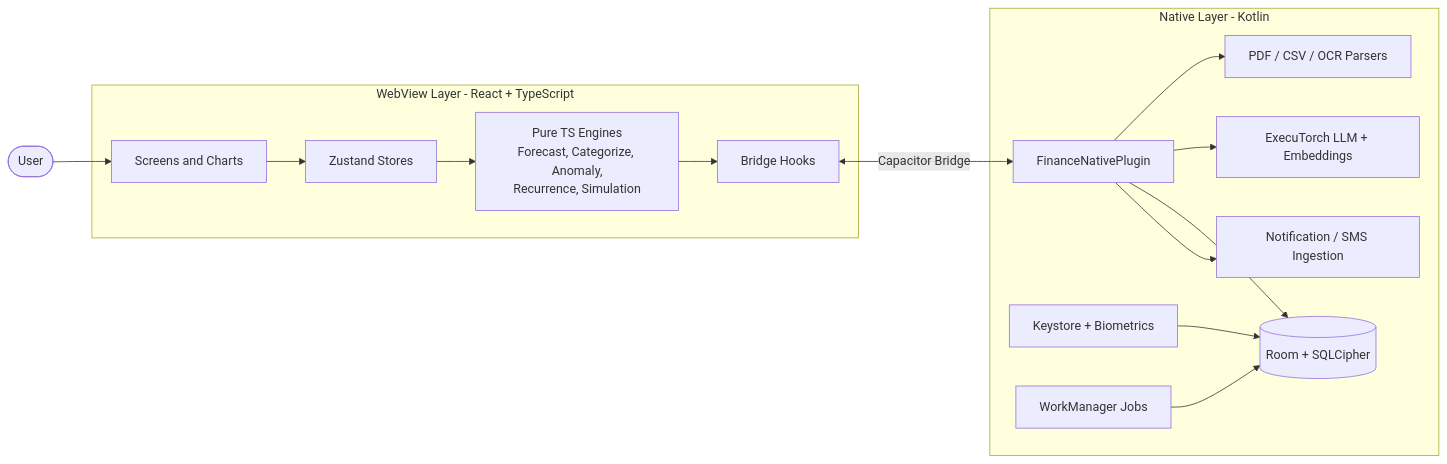
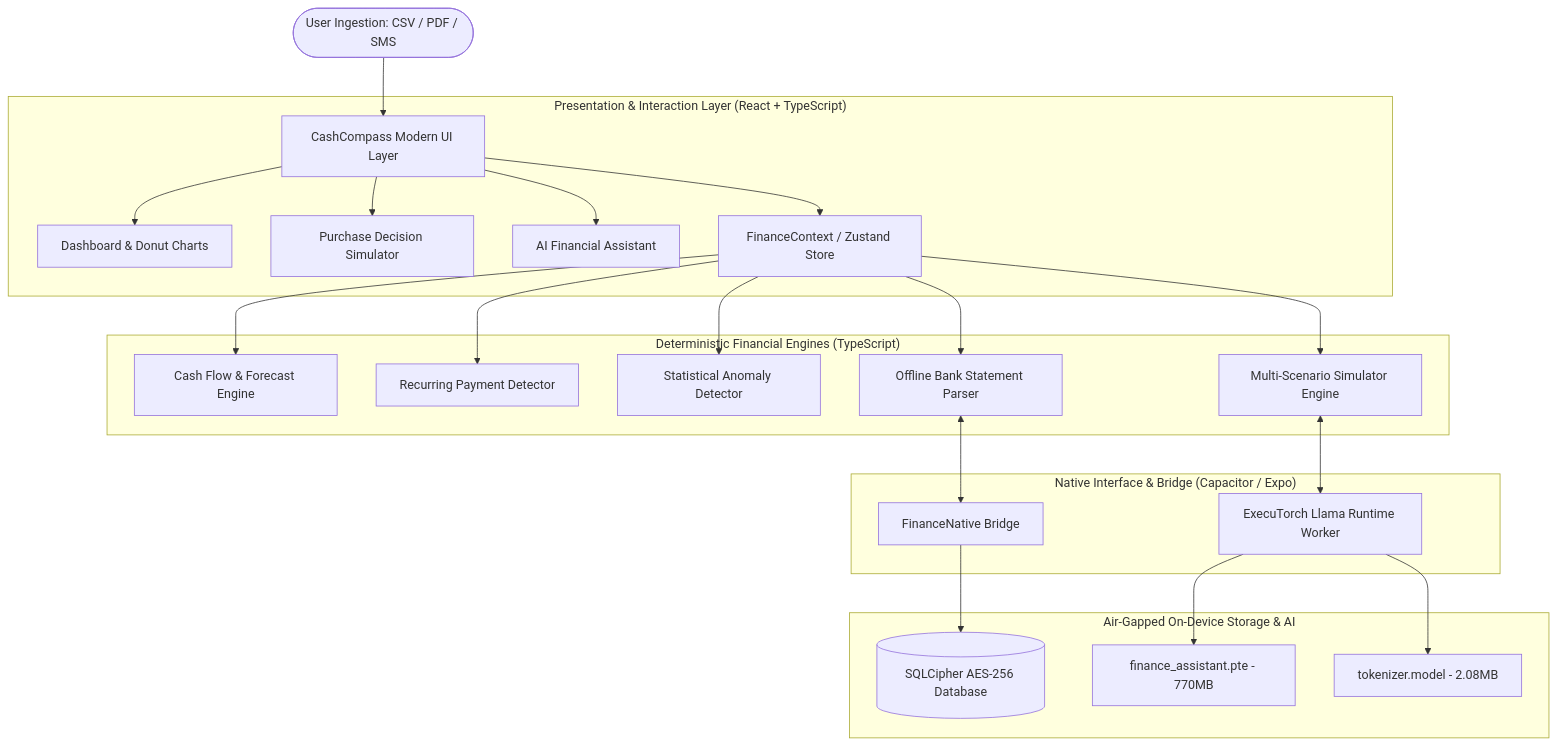
One commit to itss-meS/Beta-16 changed the diagram in README.md. Above: the diagram before and after it, drawn with Mermaid. The commit also changed other lines of this file, not shown here.

Commit message:
docs: update README with comprehensive technical architecture and Problem Statement 4 specifications

````diff
--- a/README.md
+++ b/README.md
@@ -190,23 +221,30 @@
 ```mermaid
-flowchart LR
-    User([User]) --> UI
+flowchart TD
+    User([User Ingestion: CSV / PDF / SMS]) --> UI[CashCompass Modern UI Layer]
 
-    subgraph WebView["WebView Layer - React + TypeScript"]
-        UI[Screens and Charts]
-        Store[Zustand Stores]
-        Logic[Pure TS Engines<br/>Forecast, Categorize, Anomaly,<br/>Recurrence, Simulation]
-        Hooks[Bridge Hooks]
-        UI --> Store --> Logic --> Hooks
+    subgraph PresentationLayer["Presentation & Interaction Layer (React + TypeScript)"]
+        UI --> Dash[Dashboard & Donut Charts]
+        UI --> Sim[Purchase Decision Simulator]
+        UI --> Chat[AI Financial Assistant]
+        UI --> State[FinanceContext / Zustand Store]
     end
 
-    Hooks <-->|Capacitor Bridge| Bridge[FinanceNativePlugin]
+    subgraph EngineLayer["Deterministic Financial Engines (TypeScript)"]
+        State --> CashFlow[Cash Flow & Forecast Engine]
+        State --> Recur[Recurring Payment Detector]
+        State --> Anomaly[Statistical Anomaly Detector]
+        State --> SimEngine[Multi-Scenario Simulator Engine]
+        State --> Parser[Offline Bank Statement Parser]
+    end
 
-    subgraph Native["Native Layer - Kotlin"]
-        Bridge --> Parse[PDF / CSV / OCR Parsers]
-        Bridge --> AI[ExecuTorch LLM + Embeddings]
-        Bridge --> DB[(Room + SQLCipher)]
-        Bridge --> Msg[Notification / SMS Ingestion]
-        Keys[Keystore + Biometrics] --> DB
-        Workers[WorkManager Jobs] --> DB
+    subgraph NativeBridge["Native Interface & Bridge (Capacitor / Expo)"]
+        Parser <--> NativePlugin[FinanceNative Bridge]
+        SimEngine <--> Worker[ExecuTorch Llama Runtime Worker]
+    end
+
+    subgraph OnDeviceStorage["Air-Gapped On-Device Storage & AI"]
+        NativePlugin --> SQLCipher[(SQLCipher AES-256 Database)]
+        Worker --> PTEModel[finance_assistant.pte - 770MB]
+        Worker --> Tokenizer[tokenizer.model - 2.08MB]
     end
 ```
````
